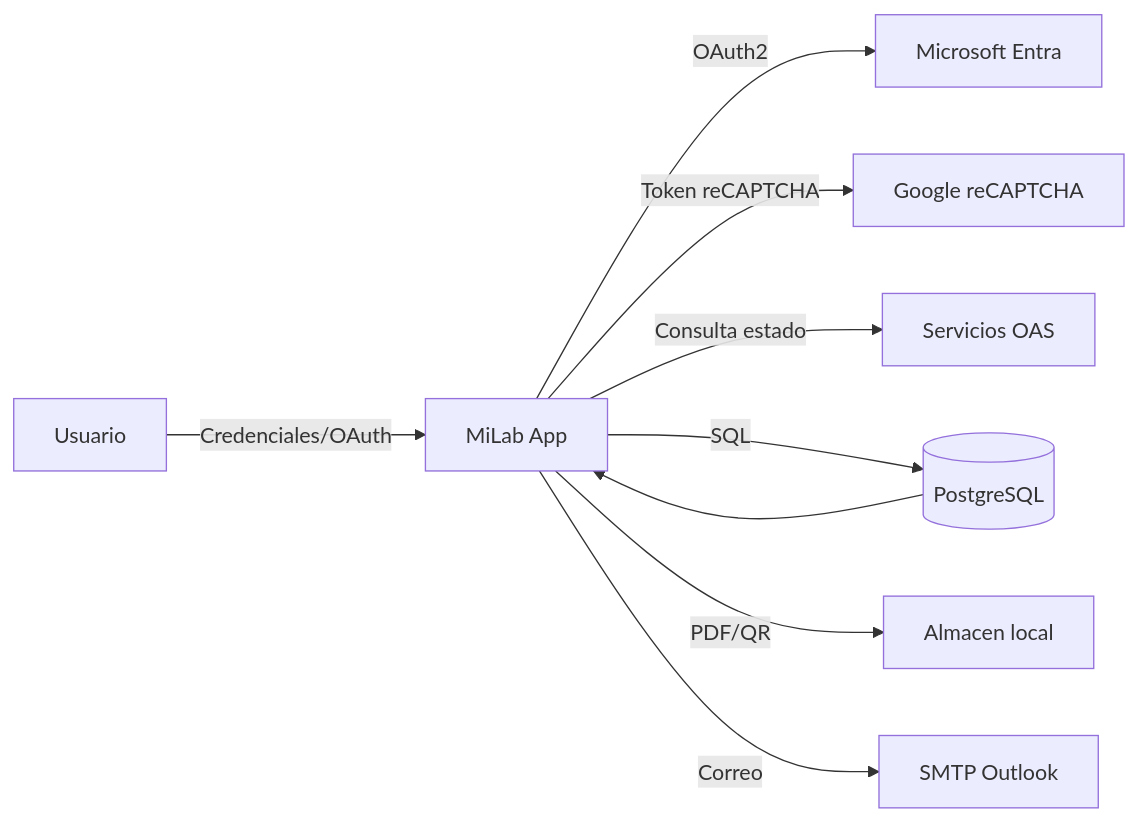
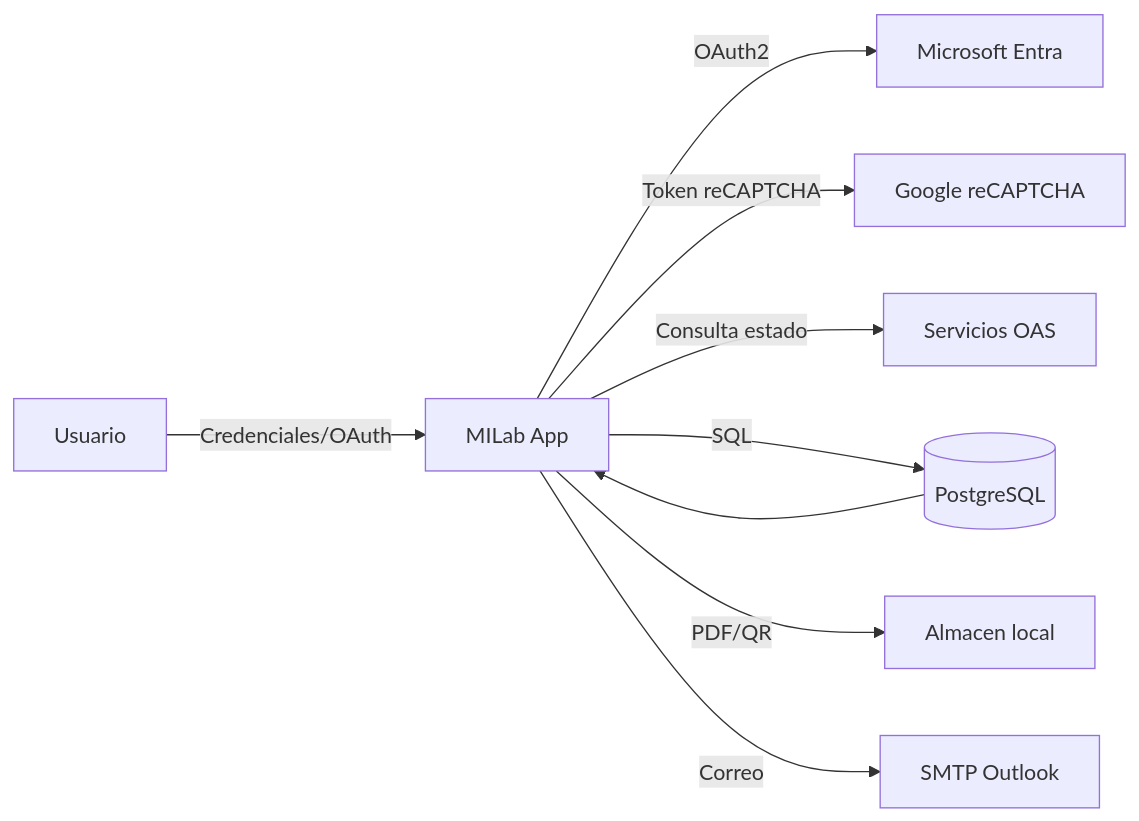
The diagram in docs/architecture/data-flow.md (udistrital/milab), drawn with Mermaid before and after one commit. The commit also changed 129 other files, not shown here.

````diff
--- a/docs/architecture/data-flow.md
+++ b/docs/architecture/data-flow.md
@@ -9,11 +9,11 @@
 ```mermaid
 flowchart LR
-  user[Usuario] -->|Credenciales/OAuth| app[MiLab App]
+  user[Usuario] -->|Credenciales/OAuth| app[MILab App]
   app -->|OAuth2| entra[Microsoft Entra]
   app -->|Token reCAPTCHA| recaptcha[Google reCAPTCHA]
   app -->|Consulta estado| oas[Servicios OAS]
   app -->|SQL| db[(PostgreSQL)]
   app -->|PDF/QR| storage[Almacen local]
   app -->|Correo| smtp[SMTP Outlook]
   db --> app
 ```
````
